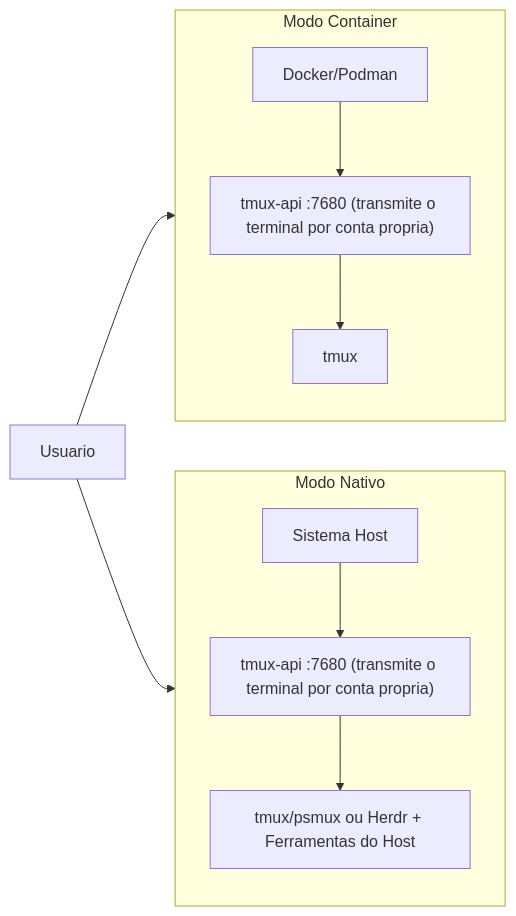
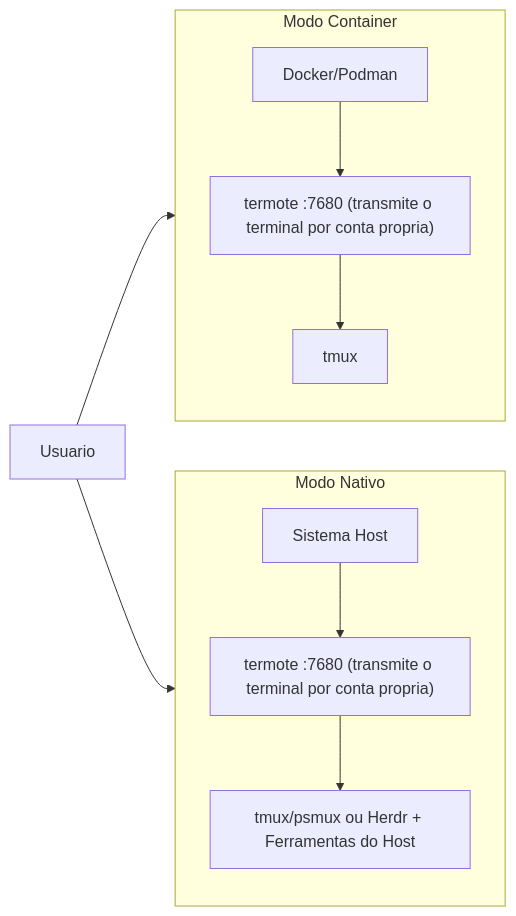
One commit to lamngockhuong/termote changed the second of 2 diagrams in README.pt-BR.md. Above: the diagram before and after it, drawn with Mermaid. The commit also changed other lines of this file and 107 other files, not shown here.

First line of the commit message:
refactor!: rename tmux-api to server and its binary to termote (#215)

````diff
--- a/README.pt-BR.md
+++ b/README.pt-BR.md
@@ -224,14 +224,14 @@
 ```mermaid
 flowchart LR
     subgraph Container["Modo Container"]
         direction TB
-        C1["Docker/Podman"] --> C2["tmux-api :7680 (transmite o terminal por conta propria)"] --> C3["tmux"]
+        C1["Docker/Podman"] --> C2["termote :7680 (transmite o terminal por conta propria)"] --> C3["tmux"]
     end
 
     subgraph Native["Modo Nativo"]
         direction TB
-        N1["Sistema Host"] --> N2["tmux-api :7680 (transmite o terminal por conta propria)"] --> N3["tmux/psmux ou Herdr + Ferramentas do Host"]
+        N1["Sistema Host"] --> N2["termote :7680 (transmite o terminal por conta propria)"] --> N3["tmux/psmux ou Herdr + Ferramentas do Host"]
     end
 
     User["Usuario"] --> Container & Native
 ```
````
